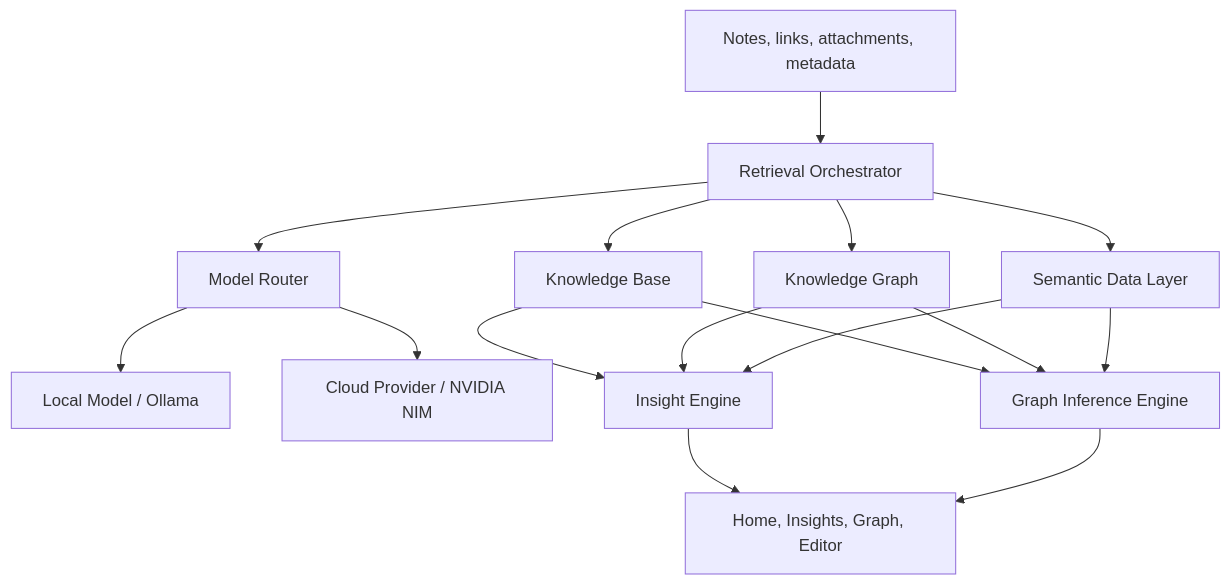
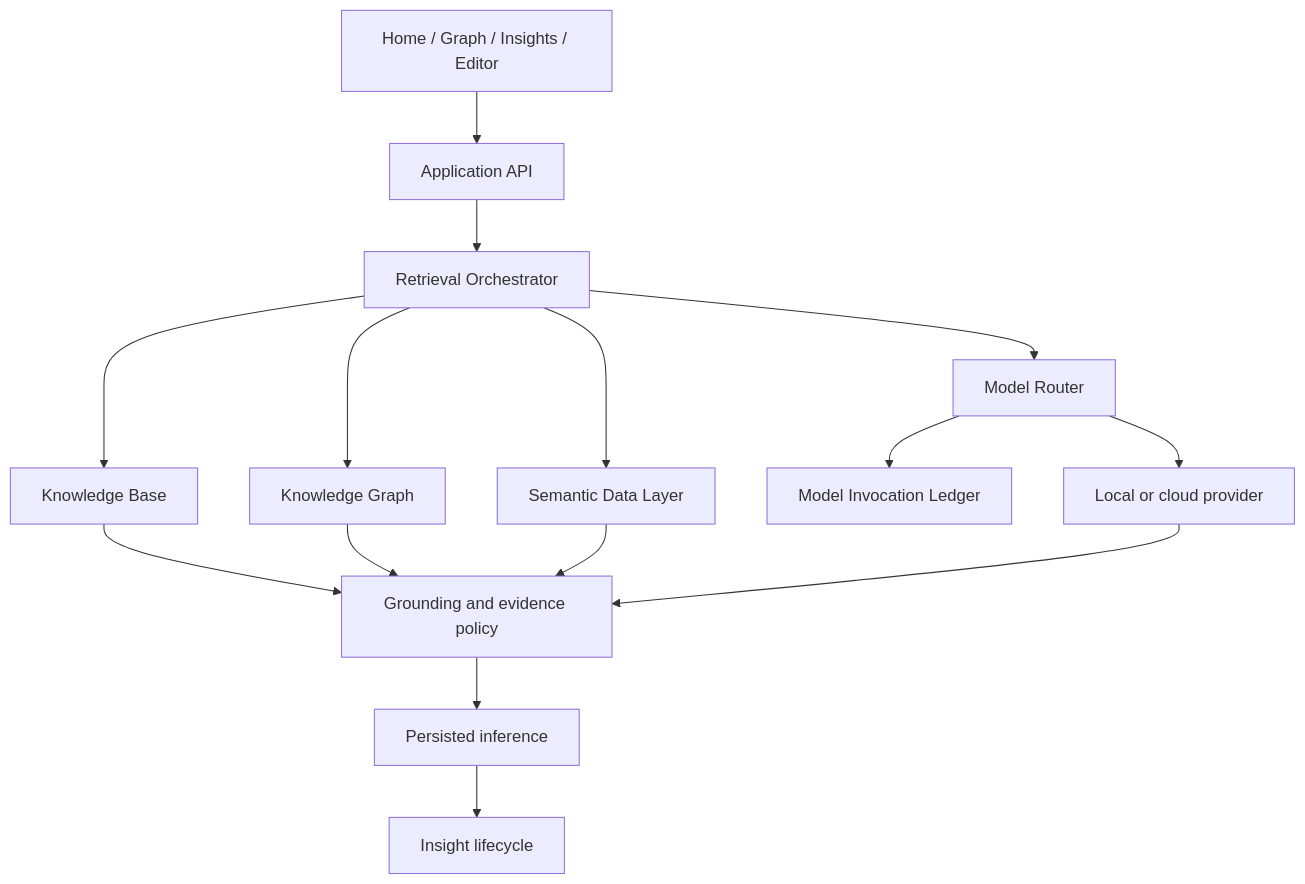
One commit to imsouza/berrybrain changed the fifth of 8 diagrams in README.md. Above: the diagram before and after it, drawn with Mermaid. The commit also changed other lines of this file and 98 other files, not shown here.

````diff
--- a/README.md
+++ b/README.md
@@ -174,18 +220,17 @@
 ```mermaid
 flowchart TB
-  Input[Notes, links, attachments, metadata] --> Orchestrator[Retrieval Orchestrator]
+  UI[Home / Graph / Insights / Editor] --> API[Application API]
+  API --> Orchestrator[Retrieval Orchestrator]
   Orchestrator --> KB[Knowledge Base]
   Orchestrator --> KG[Knowledge Graph]
   Orchestrator --> SDL[Semantic Data Layer]
   Orchestrator --> Router[Model Router]
-  Router --> Local[Local Model / Ollama]
-  Router --> Cloud[Cloud Provider / NVIDIA NIM]
-  KB --> Insight[Insight Engine]
-  KG --> Insight
-  SDL --> Insight
-  KB --> Infer[Graph Inference Engine]
-  KG --> Infer
-  SDL --> Infer
-  Insight --> UI[Home, Insights, Graph, Editor]
-  Infer --> UI
+  Router --> Ledger[Model Invocation Ledger]
+  Router --> Provider[Local or cloud provider]
+  KB --> Validator[Grounding and evidence policy]
+  KG --> Validator
+  SDL --> Validator
+  Provider --> Validator
+  Validator --> Inference[Persisted inference]
+  Inference --> Insights[Insight lifecycle]
 ```
````
